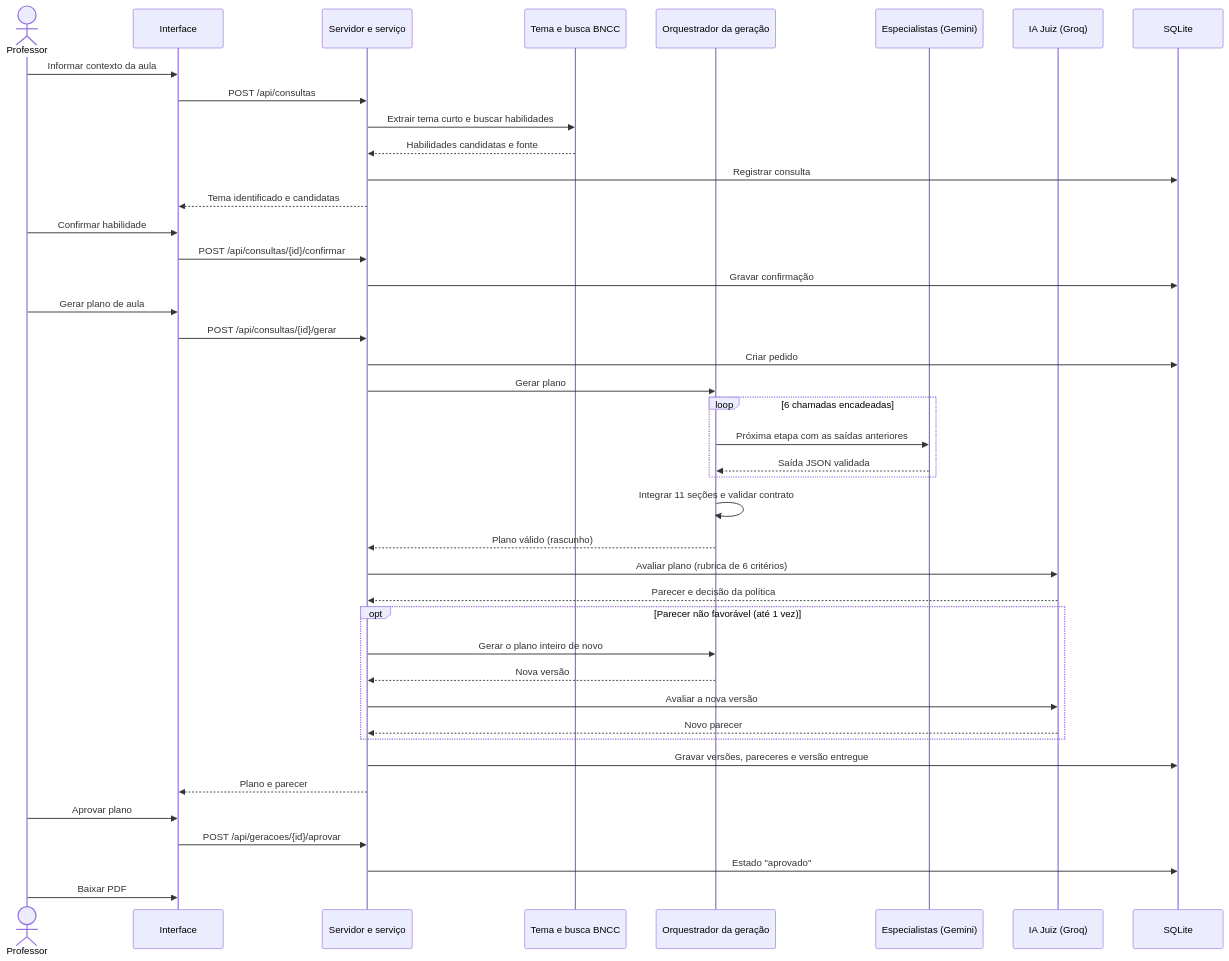
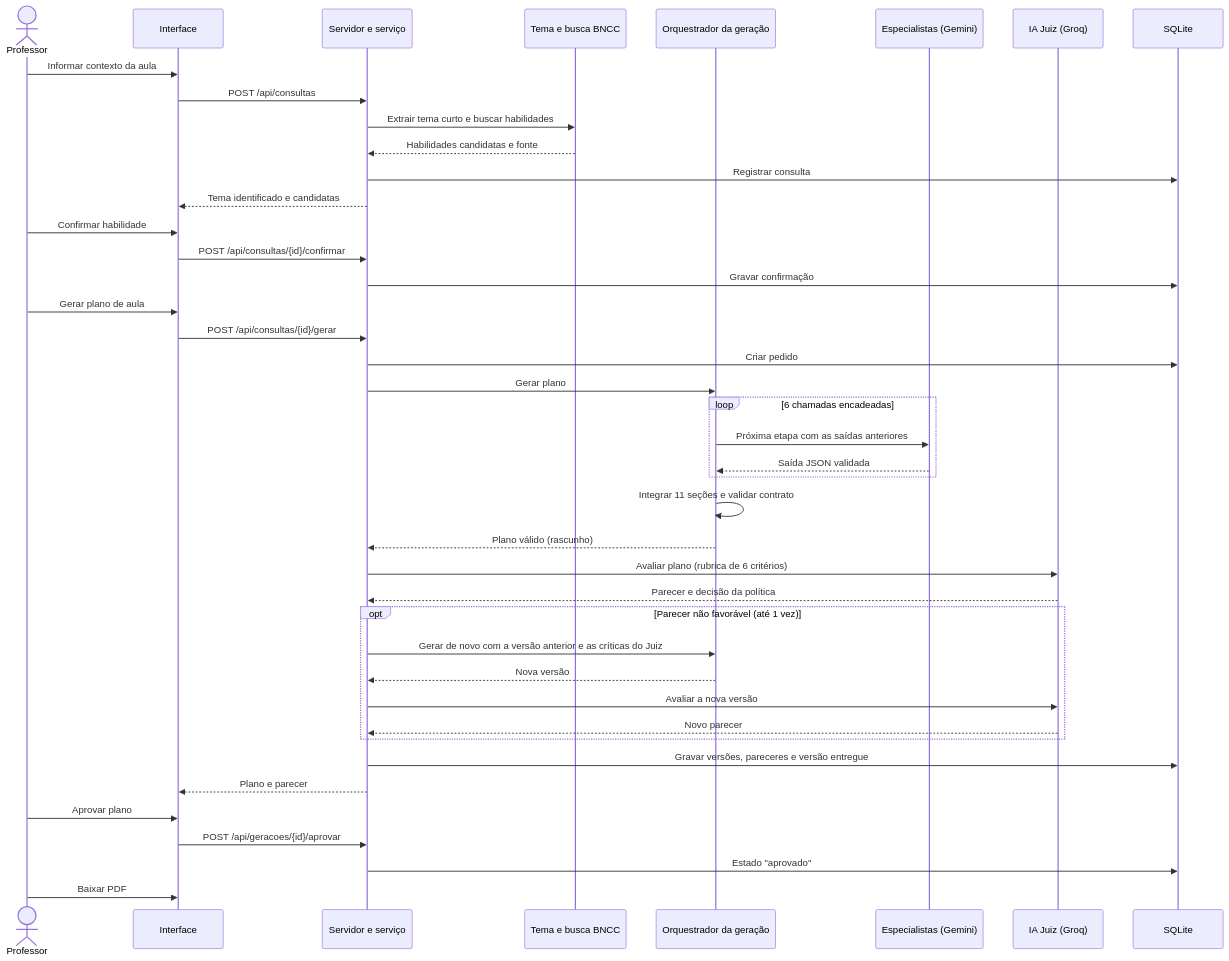
The diagram in docs/diagramas/final/sequencia.mmd (Carneiro-Joao/tcc-plataforma-multiagente), drawn with Mermaid before and after one commit. The commit also changed 6 other files, not shown here.

First line of the commit message:
docs(diagramas): regeneracao informada nas figuras do Cap. 4 (visao geral, atividades, sequencia)

```diff
--- a/docs/diagramas/final/sequencia.mmd
+++ b/docs/diagramas/final/sequencia.mmd
@@ -1,42 +1,42 @@
 sequenceDiagram
     actor P as Professor
     participant UI as Interface
     participant SV as Servidor e serviço
     participant BUS as Tema e busca BNCC
     participant ORQ as Orquestrador da geração
     participant ESP as Especialistas (Gemini)
     participant J as IA Juiz (Groq)
     participant DB as SQLite
     P->>UI: Informar contexto da aula
     UI->>SV: POST /api/consultas
     SV->>BUS: Extrair tema curto e buscar habilidades
     BUS-->>SV: Habilidades candidatas e fonte
     SV->>DB: Registrar consulta
     SV-->>UI: Tema identificado e candidatas
     P->>UI: Confirmar habilidade
     UI->>SV: POST /api/consultas/{id}/confirmar
     SV->>DB: Gravar confirmação
     P->>UI: Gerar plano de aula
     UI->>SV: POST /api/consultas/{id}/gerar
     SV->>DB: Criar pedido
     SV->>ORQ: Gerar plano
     loop 6 chamadas encadeadas
         ORQ->>ESP: Próxima etapa com as saídas anteriores
         ESP-->>ORQ: Saída JSON validada
     end
     ORQ->>ORQ: Integrar 11 seções e validar contrato
     ORQ-->>SV: Plano válido (rascunho)
     SV->>J: Avaliar plano (rubrica de 6 critérios)
     J-->>SV: Parecer e decisão da política
     opt Parecer não favorável (até 1 vez)
-        SV->>ORQ: Gerar o plano inteiro de novo
+        SV->>ORQ: Gerar de novo com a versão anterior e as críticas do Juiz
         ORQ-->>SV: Nova versão
         SV->>J: Avaliar a nova versão
         J-->>SV: Novo parecer
     end
     SV->>DB: Gravar versões, pareceres e versão entregue
     SV-->>UI: Plano e parecer
     P->>UI: Aprovar plano
     UI->>SV: POST /api/geracoes/{id}/aprovar
     SV->>DB: Estado "aprovado"
     P->>UI: Baixar PDF
```
